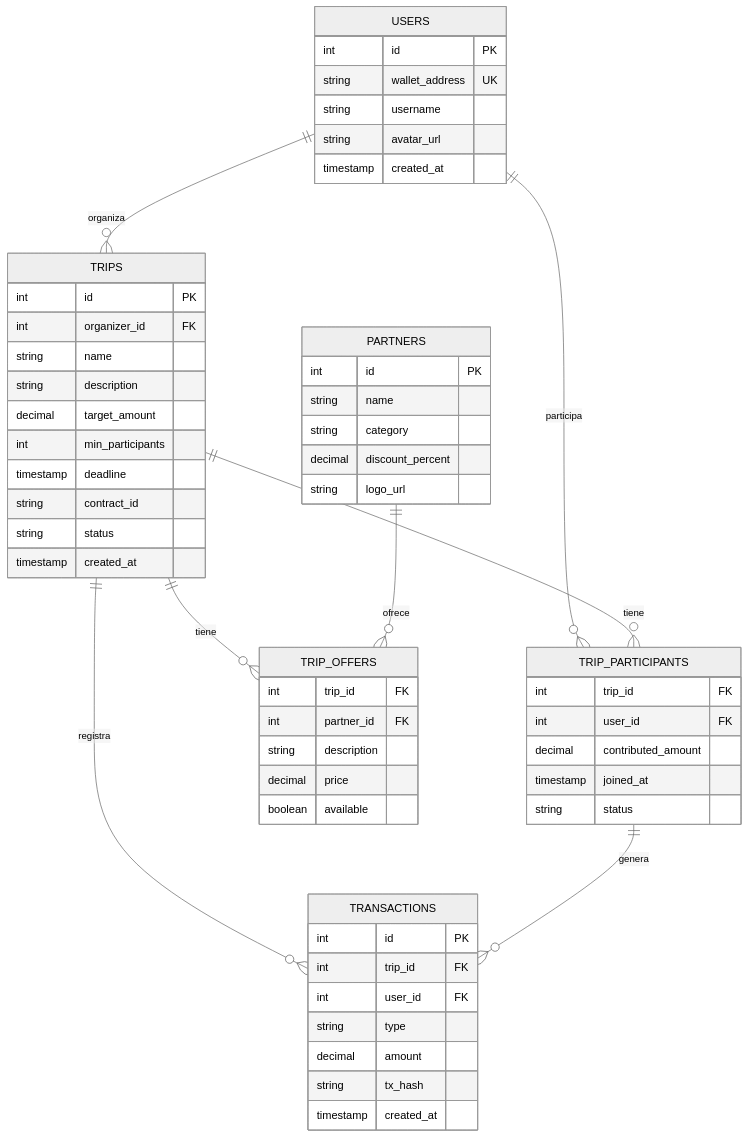
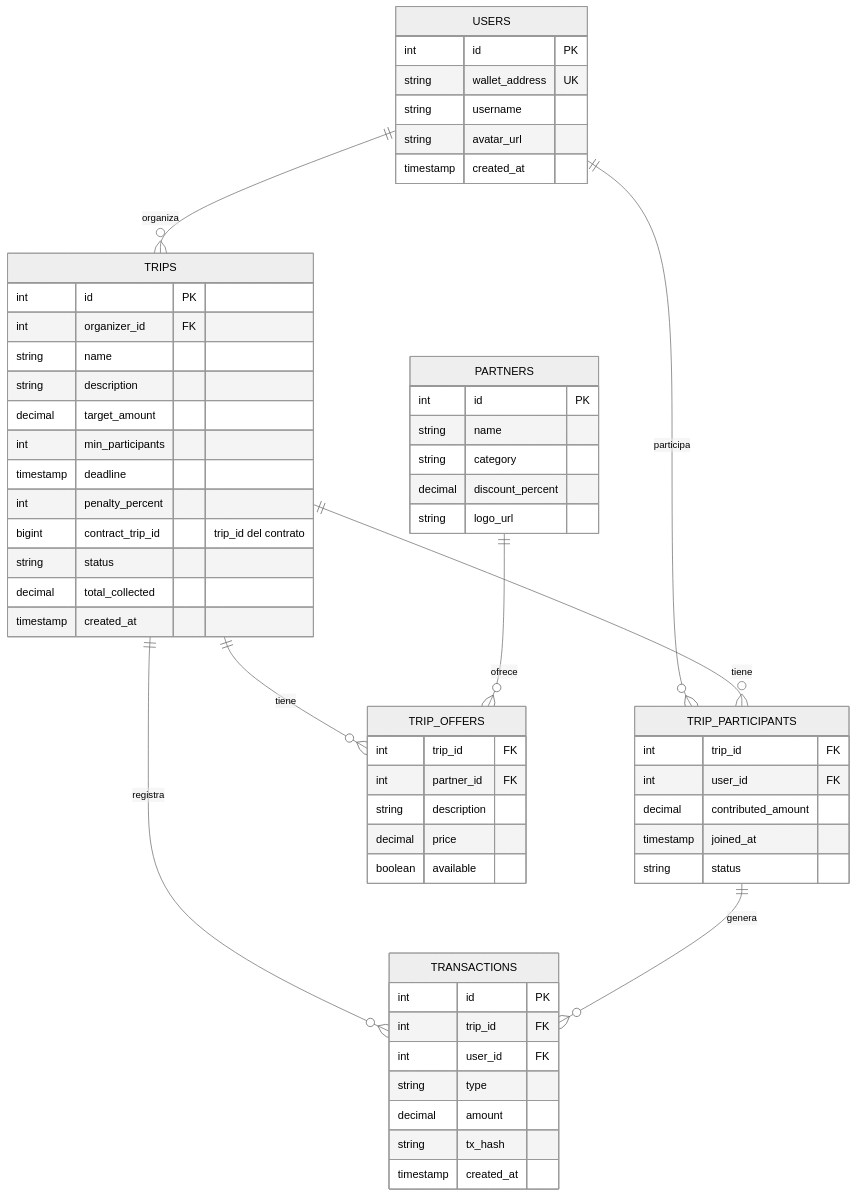
Before and after one commit to CoKeFish/Impacta-Bootcamp: diagram 11 of 15 in ARCHITECTURE.md, drawn with Mermaid (neutral theme). The commit also changed other lines of this file and 3 other files, not shown here.

````diff
--- a/ARCHITECTURE.md
+++ b/ARCHITECTURE.md
@@ -172,65 +363,67 @@
 ```mermaid
 erDiagram
     USERS ||--o{ TRIPS: organiza
     USERS ||--o{ TRIP_PARTICIPANTS: participa
     TRIPS ||--o{ TRIP_PARTICIPANTS: tiene
     TRIPS ||--o{ TRIP_OFFERS: tiene
     TRIPS ||--o{ TRANSACTIONS: registra
     PARTNERS ||--o{ TRIP_OFFERS: ofrece
     TRIP_PARTICIPANTS ||--o{ TRANSACTIONS: genera
 
     USERS {
         int id PK
         string wallet_address UK
         string username
         string avatar_url
         timestamp created_at
     }
 
     TRIPS {
         int id PK
         int organizer_id FK
         string name
         string description
         decimal target_amount
         int min_participants
         timestamp deadline
-        string contract_id
+        int penalty_percent
+        bigint contract_trip_id "trip_id del contrato"
         string status
+        decimal total_collected
         timestamp created_at
     }
 
     TRIP_PARTICIPANTS {
         int trip_id FK
         int user_id FK
         decimal contributed_amount
         timestamp joined_at
         string status
     }
 
     TRANSACTIONS {
         int id PK
         int trip_id FK
         int user_id FK
         string type
         decimal amount
         string tx_hash
         timestamp created_at
     }
 
     PARTNERS {
         int id PK
         string name
         string category
         decimal discount_percent
         string logo_url
     }
 
     TRIP_OFFERS {
         int trip_id FK
         int partner_id FK
         string description
         decimal price
         boolean available
     }
 ```
````
